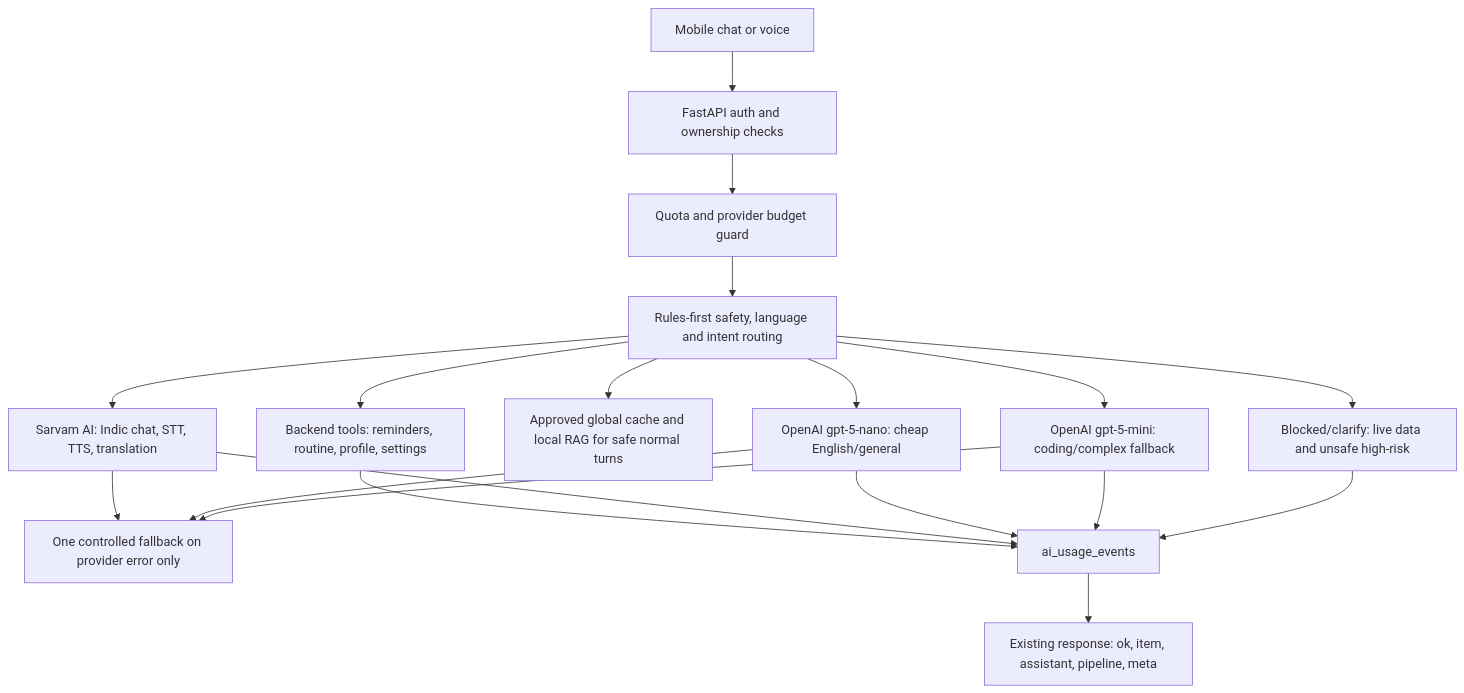
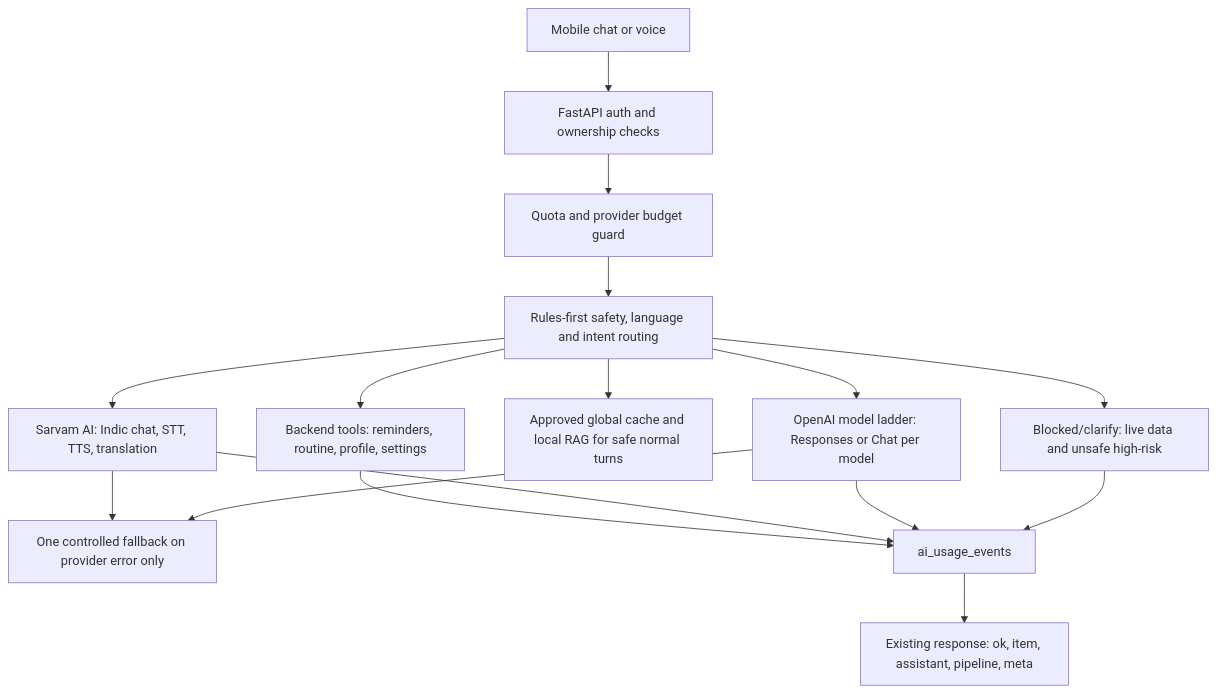
Before and after one commit to swivelit/ai_tool: the diagram in backend/AI_ARCHITECTURE.md, drawn with Mermaid. The commit also changed other lines of this file and 24 other files, not shown here.

Commit message:
Add OpenAI Responses model ladder and embedding cost controls

````diff
--- a/backend/AI_ARCHITECTURE.md
+++ b/backend/AI_ARCHITECTURE.md
@@ -5,21 +5,18 @@
 ```mermaid
 flowchart TD
   Mobile[Mobile chat or voice] --> Auth[FastAPI auth and ownership checks]
   Auth --> Budget[Quota and provider budget guard]
   Budget --> Intent[Rules-first safety, language and intent routing]
   Intent --> Block[Blocked/clarify: live data and unsafe high-risk]
   Intent --> Tool[Backend tools: reminders, routine, profile, settings]
   Intent --> Cache[Approved global cache and local RAG for safe normal turns]
   Intent --> Sarvam[Sarvam AI: Indic chat, STT, TTS, translation]
-  Intent --> OpenAINano[OpenAI gpt-5-nano: cheap English/general]
-  Intent --> OpenAIMini[OpenAI gpt-5-mini: coding/complex fallback]
+  Intent --> OpenAILadder[OpenAI model ladder: Responses or Chat per model]
   Sarvam --> Fallback[One controlled fallback on provider error only]
-  OpenAINano --> Fallback
-  OpenAIMini --> Fallback
+  OpenAILadder --> Fallback
   Tool --> Usage[ai_usage_events]
   Sarvam --> Usage
-  OpenAINano --> Usage
-  OpenAIMini --> Usage
+  OpenAILadder --> Usage
   Block --> Usage
   Usage --> Contract[Existing response: ok, item, assistant, pipeline, meta]
 ```
````
